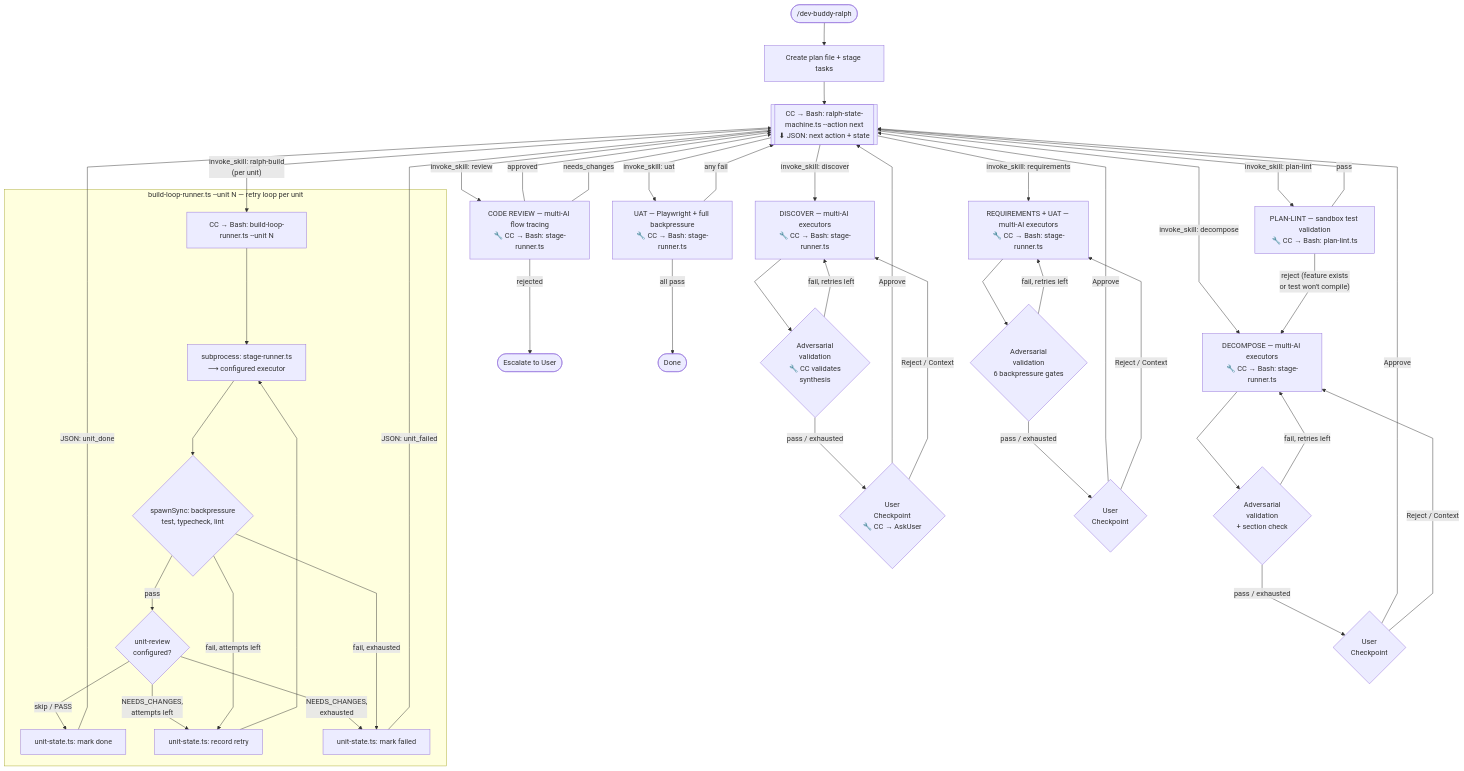
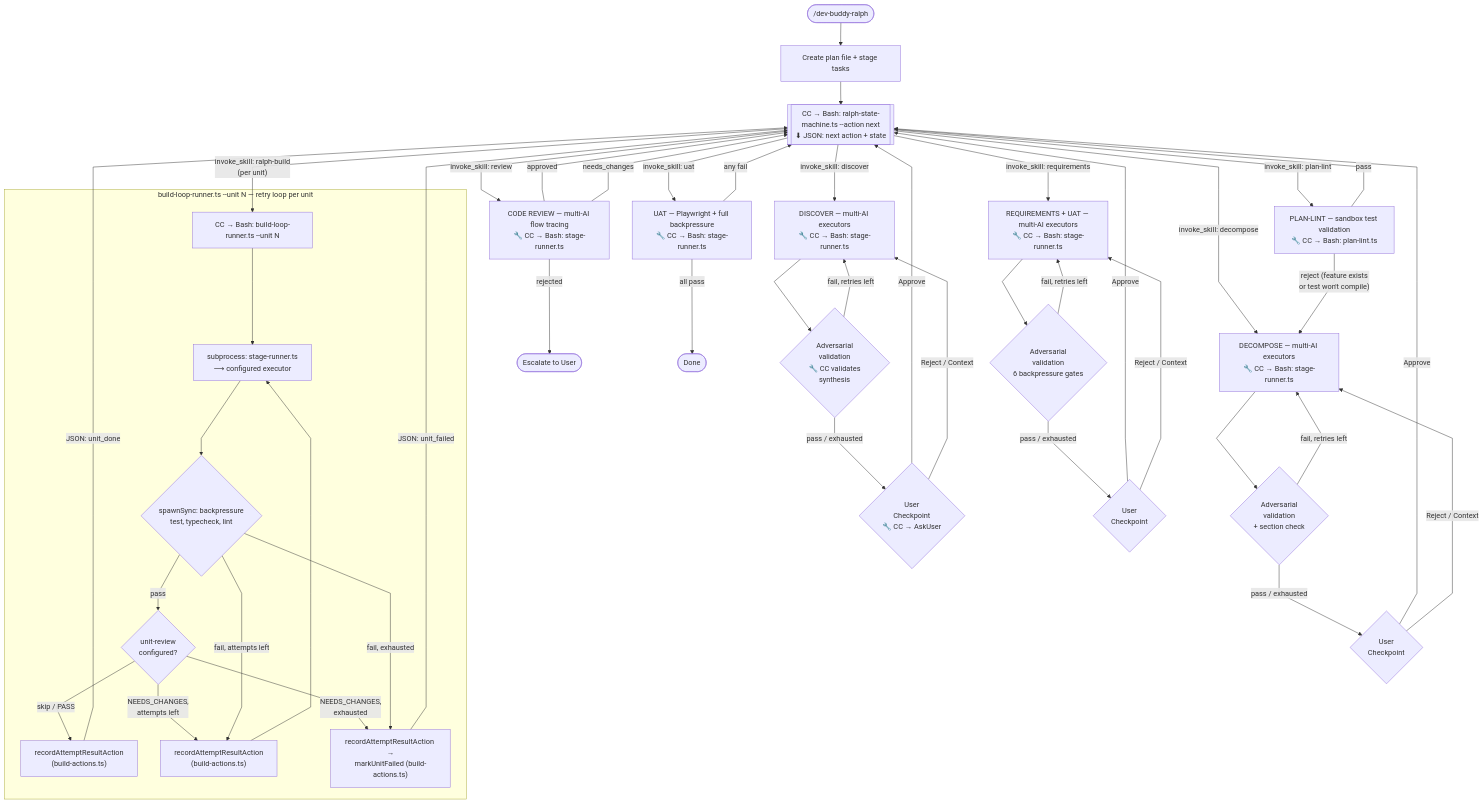
One commit to Z-M-Huang/vcp changed the first of 2 diagrams in plugins/dev-buddy/README.md. Above: the diagram before and after it, drawn with Mermaid. The commit also changed other lines of this file and 12 other files, not shown here.

````diff
--- a/plugins/dev-buddy/README.md
+++ b/plugins/dev-buddy/README.md
@@ -27,77 +27,77 @@
 ```mermaid
 ---
 config:
   flowchart:
     curve: linear
 ---
 flowchart TD
     START(["/dev-buddy-ralph"]) --> INIT["Create plan file + stage tasks"]
     INIT --> Q1
 
     Q1[["CC → Bash: ralph-state-machine.ts --action next<br/>⬇ JSON: next action + state"]]
 
     Q1 -->|"invoke_skill: discover"| D
     D["DISCOVER — multi-AI executors<br/>🔧 CC → Bash: stage-runner.ts"]
     D --> D_VAL{"Adversarial<br/>validation<br/>🔧 CC validates<br/>synthesis"}
     D_VAL -->|fail, retries left| D
     D_VAL -->|pass / exhausted| D_UC{"User<br/>Checkpoint<br/>🔧 CC → AskUser"}
     D_UC -->|Approve| Q1
     D_UC -->|Reject / Context| D
 
     Q1 -->|"invoke_skill: requirements"| R
     R["REQUIREMENTS + UAT — multi-AI executors<br/>🔧 CC → Bash: stage-runner.ts"]
     R --> R_VAL{"Adversarial<br/>validation<br/>6 backpressure gates"}
     R_VAL -->|fail, retries left| R
     R_VAL -->|pass / exhausted| R_UC{"User<br/>Checkpoint"}
     R_UC -->|Approve| Q1
     R_UC -->|Reject / Context| R
 
     Q1 -->|"invoke_skill: decompose"| DC
     DC["DECOMPOSE — multi-AI executors<br/>🔧 CC → Bash: stage-runner.ts"]
     DC --> DC_VAL{"Adversarial<br/>validation<br/>+ section check"}
     DC_VAL -->|fail, retries left| DC
     DC_VAL -->|pass / exhausted| DC_UC{"User<br/>Checkpoint"}
     DC_UC -->|Approve| Q1
     DC_UC -->|Reject / Context| DC
 
     Q1 -->|"invoke_skill: plan-lint"| PL
     PL["PLAN-LINT — sandbox test validation<br/>🔧 CC → Bash: plan-lint.ts"]
     PL -->|pass| Q1
     PL -->|"reject (feature exists<br/>or test won't compile)"| DC
 
     Q1 -->|"invoke_skill: ralph-build<br/>(per unit)"| BUILD_ENTRY
 
     subgraph BUILD_MECHANICAL["build-loop-runner.ts --unit N — retry loop per unit"]
         BUILD_ENTRY["CC → Bash: build-loop-runner.ts --unit N"]
         B_DISPATCH["subprocess: stage-runner.ts<br/>⟶ configured executor"]
         B_BP{"spawnSync: backpressure<br/>test, typecheck, lint"}
         B_REVIEW{"unit-review<br/>configured?"}
-        B_WRITE_PASS["unit-state.ts: mark done"]
-        B_RETRY["unit-state.ts: record retry"]
-        B_FAILED["unit-state.ts: mark failed"]
+        B_WRITE_PASS["recordAttemptResultAction<br/>(build-actions.ts)"]
+        B_RETRY["recordAttemptResultAction<br/>(build-actions.ts)"]
+        B_FAILED["recordAttemptResultAction →<br/>markUnitFailed (build-actions.ts)"]
 
         BUILD_ENTRY --> B_DISPATCH
         B_DISPATCH --> B_BP
         B_BP -->|pass| B_REVIEW
         B_REVIEW -->|"skip / PASS"| B_WRITE_PASS
         B_REVIEW -->|"NEEDS_CHANGES,<br/>attempts left"| B_RETRY
         B_REVIEW -->|"NEEDS_CHANGES,<br/>exhausted"| B_FAILED
         B_BP -->|fail, attempts left| B_RETRY
         B_RETRY --> B_DISPATCH
         B_BP -->|fail, exhausted| B_FAILED
     end
 
     B_WRITE_PASS -->|"JSON: unit_done"| Q1
     B_FAILED -->|"JSON: unit_failed"| Q1
 
     Q1 -->|"invoke_skill: review"| CR
     CR["CODE REVIEW — multi-AI flow tracing<br/>🔧 CC → Bash: stage-runner.ts"]
     CR -->|approved| Q1
     CR -->|needs_changes| Q1
     CR -->|rejected| STOP([Escalate to User])
 
     Q1 -->|"invoke_skill: uat"| UAT
     UAT["UAT — Playwright + full backpressure<br/>🔧 CC → Bash: stage-runner.ts"]
     UAT -->|all pass| DONE([Done])
     UAT -->|any fail| Q1
 ```
````
